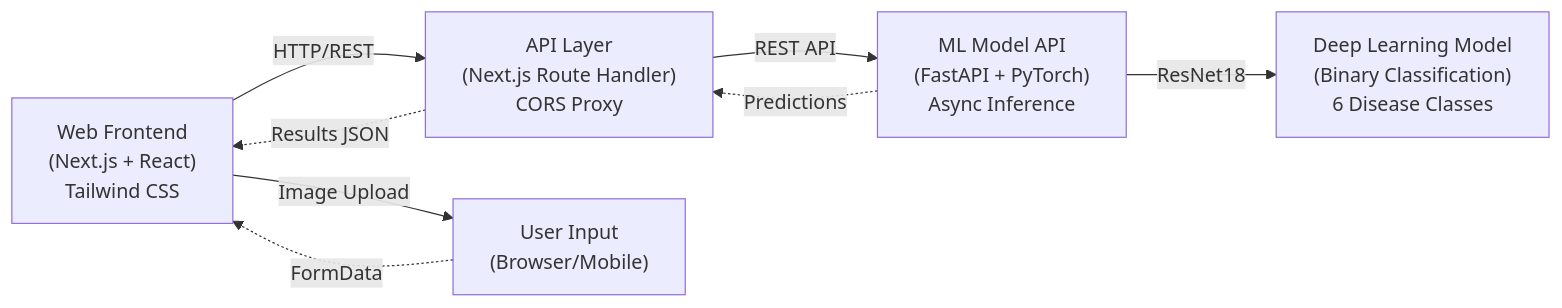
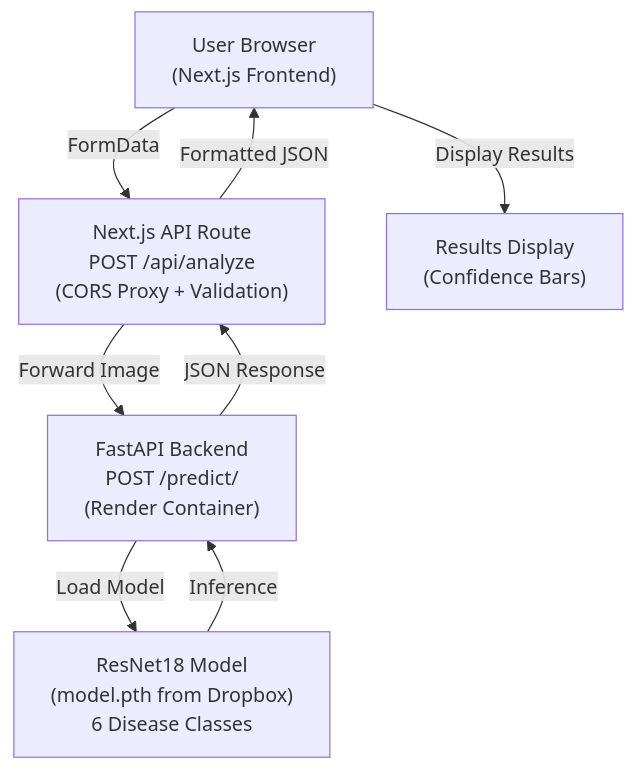
The first of 2 diagrams in DOCUMENTATION.md (itssmdsh/MediScan), drawn with Mermaid before and after one commit. The commit also changed other lines of this file, not shown here.

````diff
--- a/DOCUMENTATION.md
+++ b/DOCUMENTATION.md
@@ -19,11 +19,10 @@
 ```mermaid
-graph LR
-    A["Web Frontend<br/>(Next.js + React)<br/>Tailwind CSS"] -->|HTTP/REST| B["API Layer<br/>(Next.js Route Handler)<br/>CORS Proxy"]
-    B -->|REST API| C["ML Model API<br/>(FastAPI + PyTorch)<br/>Async Inference"]
-    C -->|ResNet18| D["Deep Learning Model<br/>(Binary Classification)<br/>6 Disease Classes"]
-    A -->|Image Upload| E["User Input<br/>(Browser/Mobile)"]
-    E -.->|FormData| A
-    C -.->|Predictions| B
-    B -.->|Results JSON| A
-    
+graph TD
+    A["User Browser<br/>(Next.js Frontend)"] -->|FormData| B["Next.js API Route<br/>POST /api/analyze<br/>(CORS Proxy + Validation)"]
+    B -->|Forward Image| C["FastAPI Backend<br/>POST /predict/<br/>(Render Container)"]
+    C -->|Load Model| D["ResNet18 Model<br/>(model.pth from Dropbox)<br/>6 Disease Classes"]
+    D -->|Inference| C
+    C -->|JSON Response| B
+    B -->|Formatted JSON| A
+    A -->|Display Results| E["Results Display<br/>(Confidence Bars)"]
 ```
````
